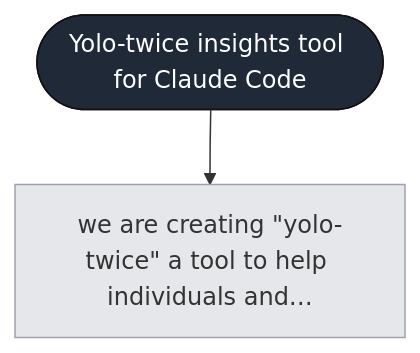
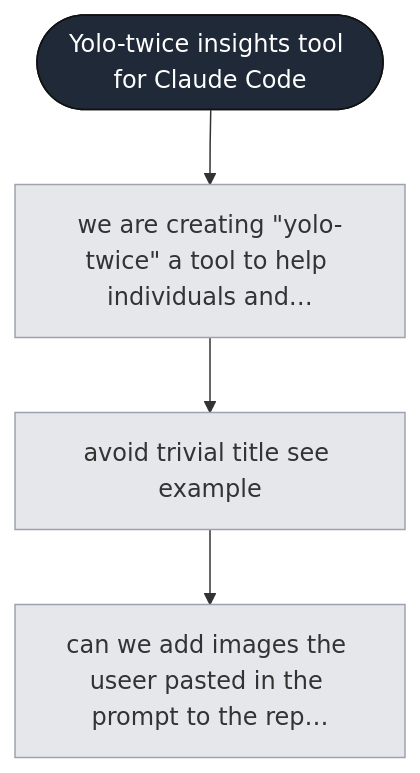
Before and after one commit to bar9/yolo-twice: the diagram in .yolo-twice/sessions/34b27ceb-5af1-4142-8334-ab80a4310636/graph.L1.mmd, drawn with Mermaid. The commit also changed 114 other files, not shown here.

Commit message:
Pasted images: kept with their prompt as content-addressed files in sessions/<id>/images, shown as thumbnails in the reader, put back on resume; images.keep / max_bytes in the team config. A pasted image no longer starts a separate turn (normalizer v5)

```diff
--- a/.yolo-twice/sessions/34b27ceb-5af1-4142-8334-ab80a4310636/graph.L1.mmd
+++ b/.yolo-twice/sessions/34b27ceb-5af1-4142-8334-ab80a4310636/graph.L1.mmd
@@ -1,15 +1,21 @@
 flowchart TD
   s_34b27ceb_5af1_4142_8334_ab80a4310636(["Yolo-twice insights tool for Claude Code"])
   p1["we are creating #quot;yolo-twice#quot; a tool to help individuals and…"]
+  p2["avoid trivial title see example"]
+  p3["can we add images the useer pasted in the prompt to the rep…"]
   s_34b27ceb_5af1_4142_8334_ab80a4310636 --> p1
+  p1 --> p2
+  p2 --> p3
   classDef session fill:#1f2937,color:#fff,stroke:#111;
   classDef phase fill:#e5e7eb,stroke:#9ca3af;
   classDef turn fill:#dbeafe,stroke:#60a5fa;
   classDef branch fill:#fde68a,stroke:#d97706;
   classDef subagent fill:#ede9fe,stroke:#8b5cf6;
   classDef tool fill:#dcfce7,stroke:#22c55e;
   classDef error fill:#fee2e2,stroke:#ef4444;
   classDef text fill:#f3f4f6,stroke:#9ca3af;
   classDef thinking fill:#f3f4f6,stroke:#d1d5db,stroke-dasharray: 3 3;
   class s_34b27ceb_5af1_4142_8334_ab80a4310636 session;
   class p1 phase;
+  class p2 phase;
+  class p3 phase;
```
